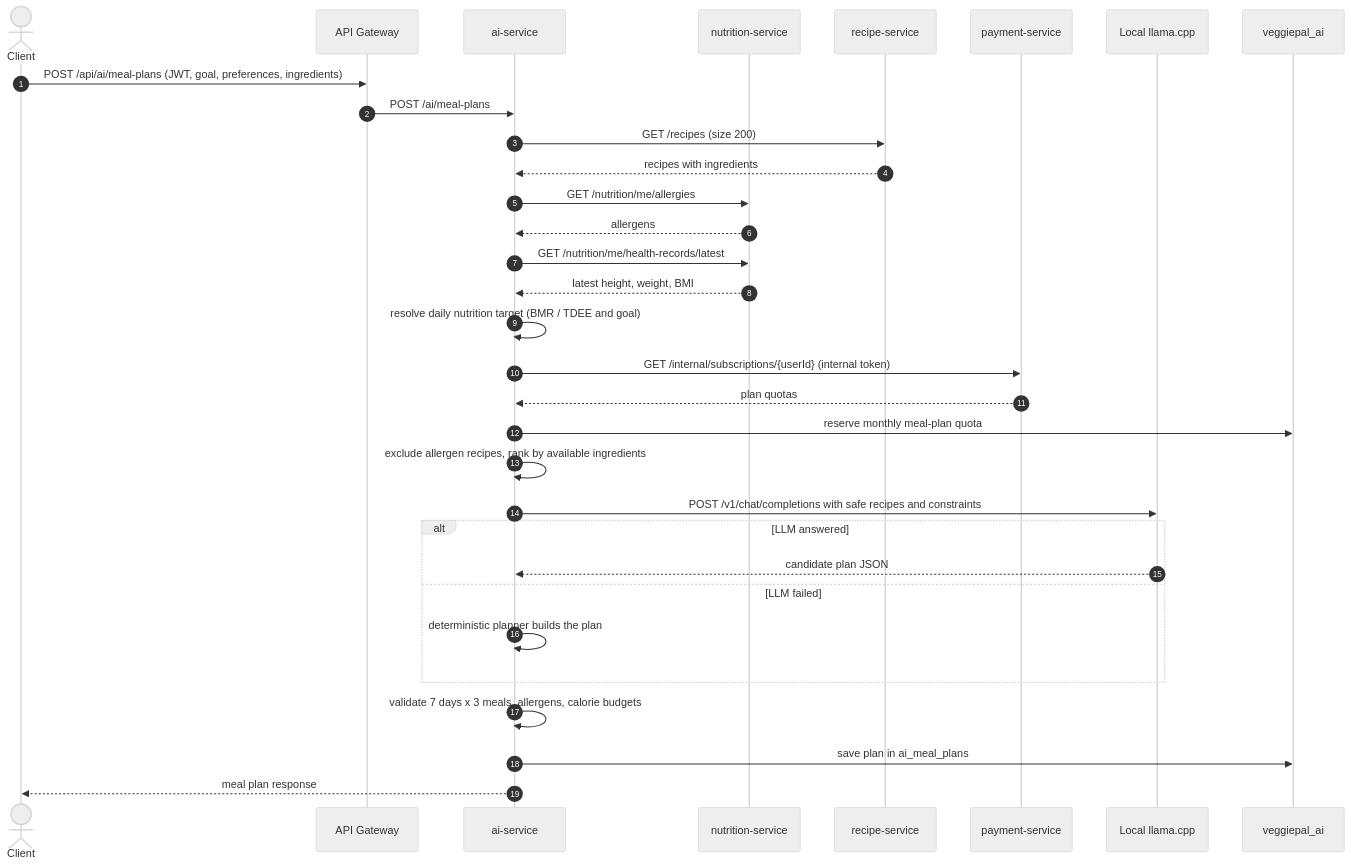
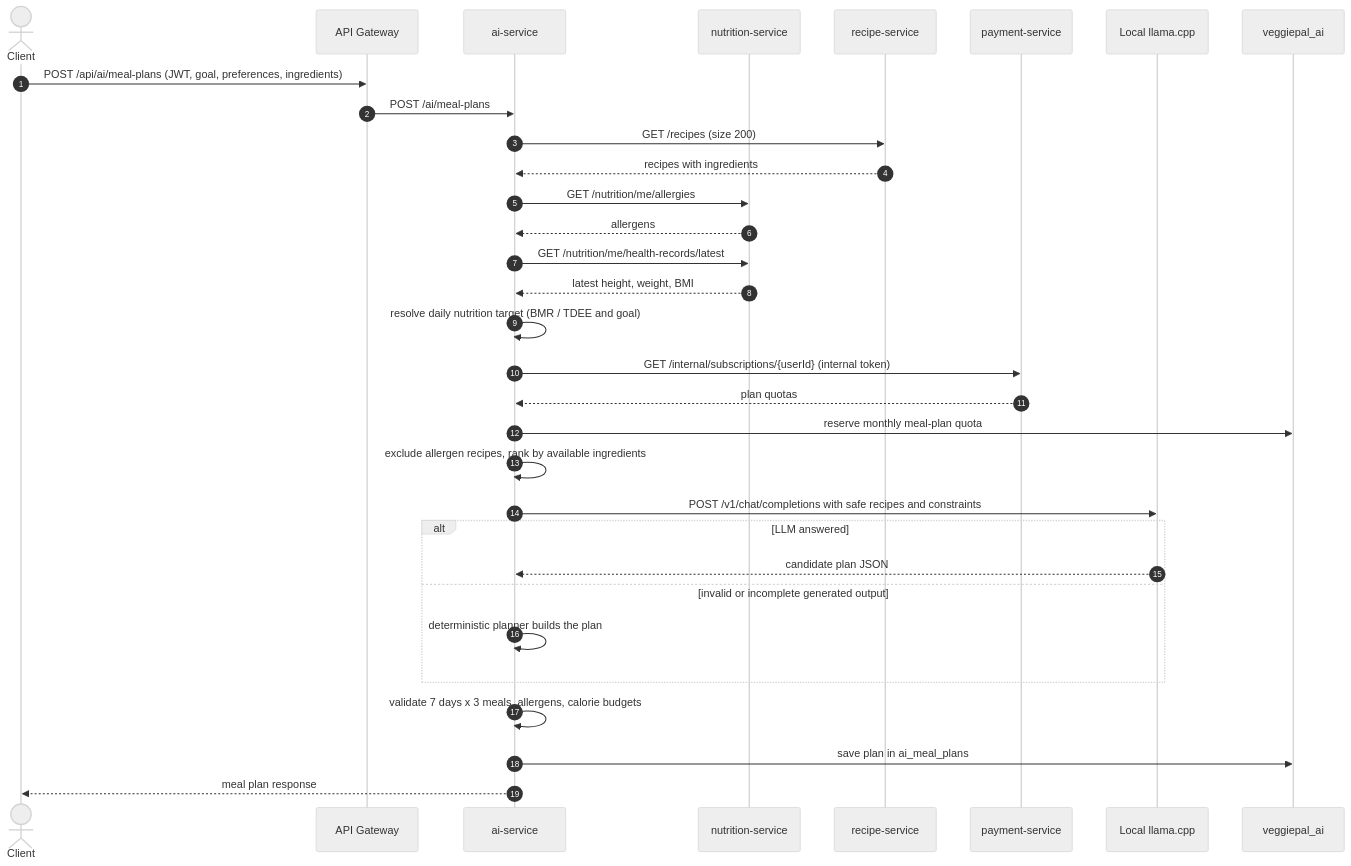
Before and after one commit to Phu0312/VeggiePal-Microservice: diagram 13 of 19 in docs/PRM_CAPSTONE.md, drawn with Mermaid (neutral theme). The commit also changed other lines of this file and 124 other files, not shown here.

````diff
--- a/docs/PRM_CAPSTONE.md
+++ b/docs/PRM_CAPSTONE.md
@@ -966,35 +960,35 @@
 ```mermaid
 sequenceDiagram
     autonumber
     actor C as Client
     participant GW as API Gateway
     participant AI as ai-service
     participant NU as nutrition-service
     participant RE as recipe-service
     participant PA as payment-service
-    participant GQ as Local llama.cpp
+    participant LL as Local llama.cpp
     participant DB as veggiepal_ai
 
     C->>GW: POST /api/ai/meal-plans (JWT, goal, preferences, ingredients)
     GW->>AI: POST /ai/meal-plans
     AI->>RE: GET /recipes (size 200)
     RE-->>AI: recipes with ingredients
     AI->>NU: GET /nutrition/me/allergies
     NU-->>AI: allergens
     AI->>NU: GET /nutrition/me/health-records/latest
     NU-->>AI: latest height, weight, BMI
     AI->>AI: resolve daily nutrition target (BMR / TDEE and goal)
     AI->>PA: GET /internal/subscriptions/{userId} (internal token)
     PA-->>AI: plan quotas
     AI->>DB: reserve monthly meal-plan quota
     AI->>AI: exclude allergen recipes, rank by available ingredients
-    AI->>GQ: POST /v1/chat/completions with safe recipes and constraints
+    AI->>LL: POST /v1/chat/completions with safe recipes and constraints
     alt LLM answered
-        GQ-->>AI: candidate plan JSON
-    else LLM failed
+        LL-->>AI: candidate plan JSON
+    else invalid or incomplete generated output
         AI->>AI: deterministic planner builds the plan
     end
     AI->>AI: validate 7 days x 3 meals, allergens, calorie budgets
     AI->>DB: save plan in ai_meal_plans
     AI-->>C: meal plan response
 ```
````
